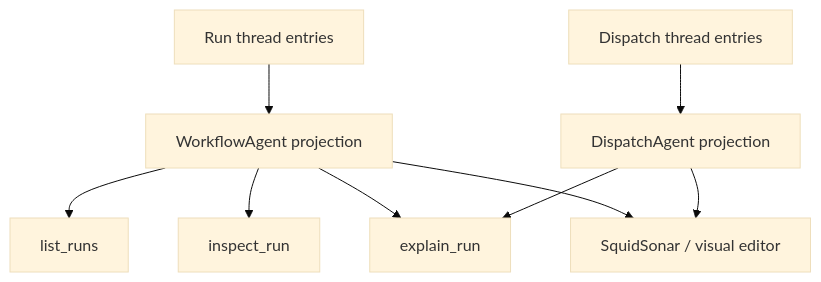
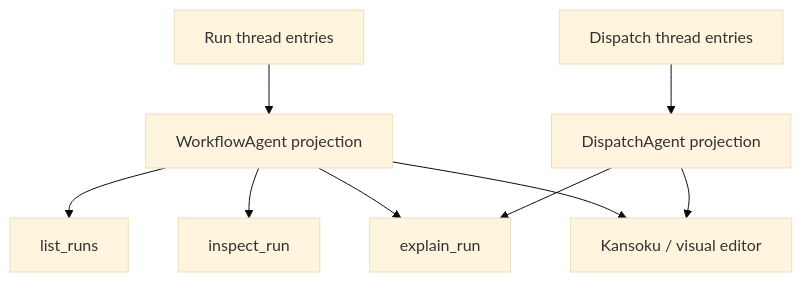
One commit to agentjido/jizoku changed the fifth of 13 diagrams in docs/jido_runtime_architecture.md. Above: the diagram before and after it, drawn with Mermaid (base theme). The commit also changed other lines of this file and 45 other files, not shown here.

````diff
--- a/docs/jido_runtime_architecture.md
+++ b/docs/jido_runtime_architecture.md
@@ -381,11 +381,11 @@
 ```mermaid
 flowchart TD
     RunJournal[Run thread entries] --> RunProjection[WorkflowAgent projection]
     DispatchJournal[Dispatch thread entries] --> DispatchProjection[DispatchAgent projection]
     RunProjection --> ListRuns[list_runs]
     RunProjection --> InspectRun[inspect_run]
     RunProjection --> ExplainRun[explain_run]
     DispatchProjection --> ExplainRun
-    RunProjection --> Editor[SquidSonar / visual editor]
+    RunProjection --> Editor[Kansoku / visual editor]
     DispatchProjection --> Editor
 ```
````
